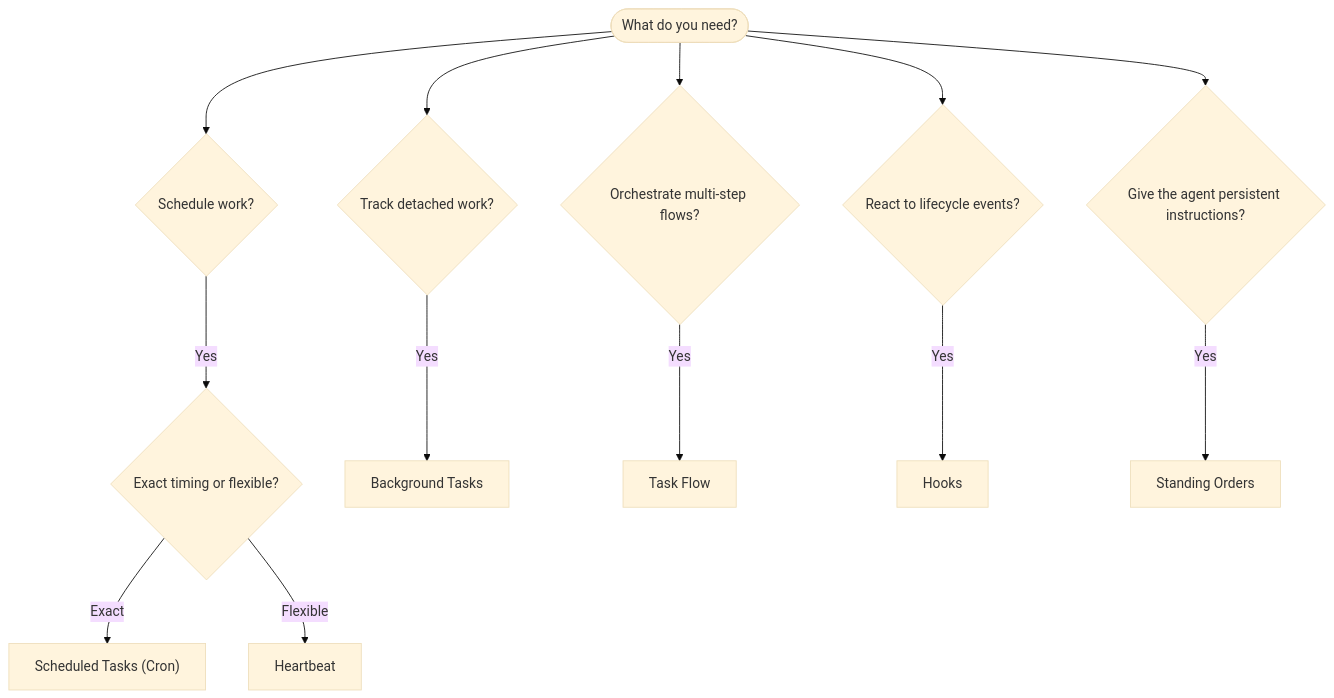
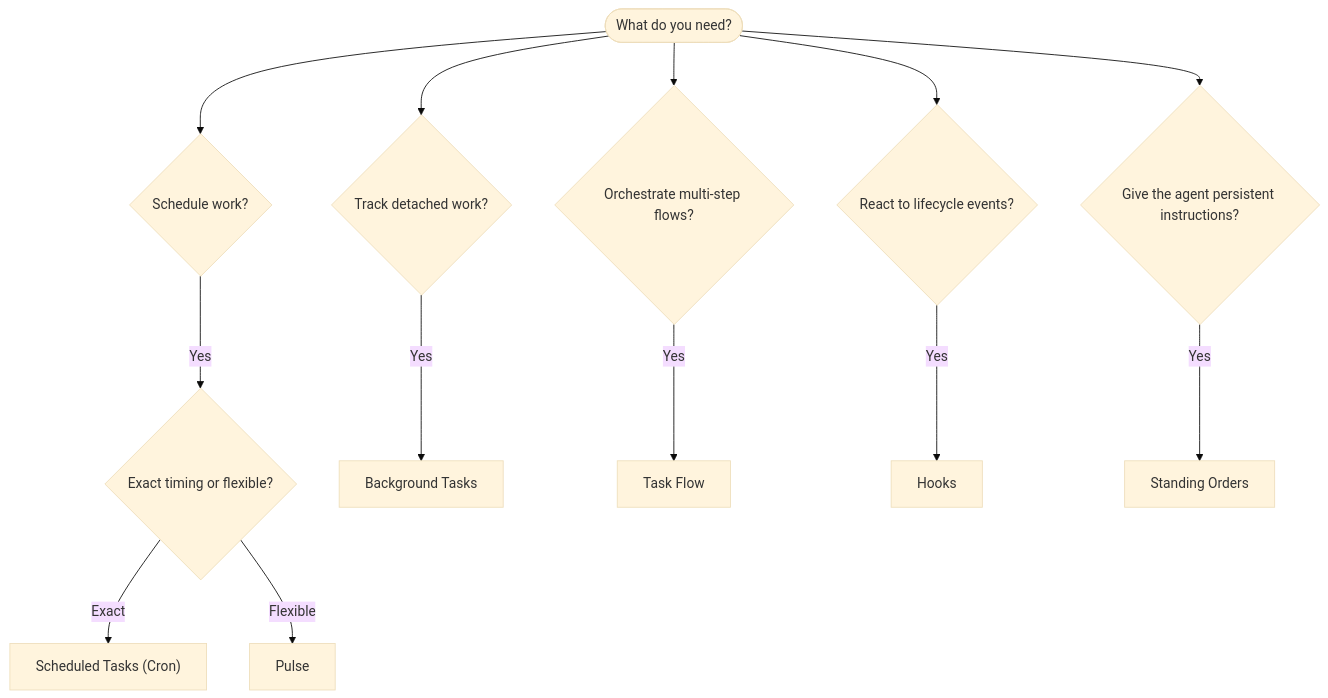
Before and after one commit to chiragborse1/KovaLab: the diagram in docs/automation/index.md, drawn with Mermaid (base theme). The commit also changed other lines of this file and 101 other files, not shown here.

````diff
--- a/docs/automation/index.md
+++ b/docs/automation/index.md
@@ -29,17 +29,17 @@
 ```mermaid
 flowchart TD
     START([What do you need?]) --> Q1{Schedule work?}
     START --> Q2{Track detached work?}
     START --> Q3{Orchestrate multi-step flows?}
     START --> Q4{React to lifecycle events?}
     START --> Q5{Give the agent persistent instructions?}
 
     Q1 -->|Yes| Q1a{Exact timing or flexible?}
     Q1a -->|Exact| CRON["Scheduled Tasks (Cron)"]
-    Q1a -->|Flexible| HEARTBEAT[Heartbeat]
+    Q1a -->|Flexible| PULSE[Pulse]
 
     Q2 -->|Yes| TASKS["Background Tasks"]
     Q3 -->|Yes| FLOW["Task Flow"]
     Q4 -->|Yes| HOOKS[Hooks]
     Q5 -->|Yes| SO["Standing Orders"]
 ```
````
